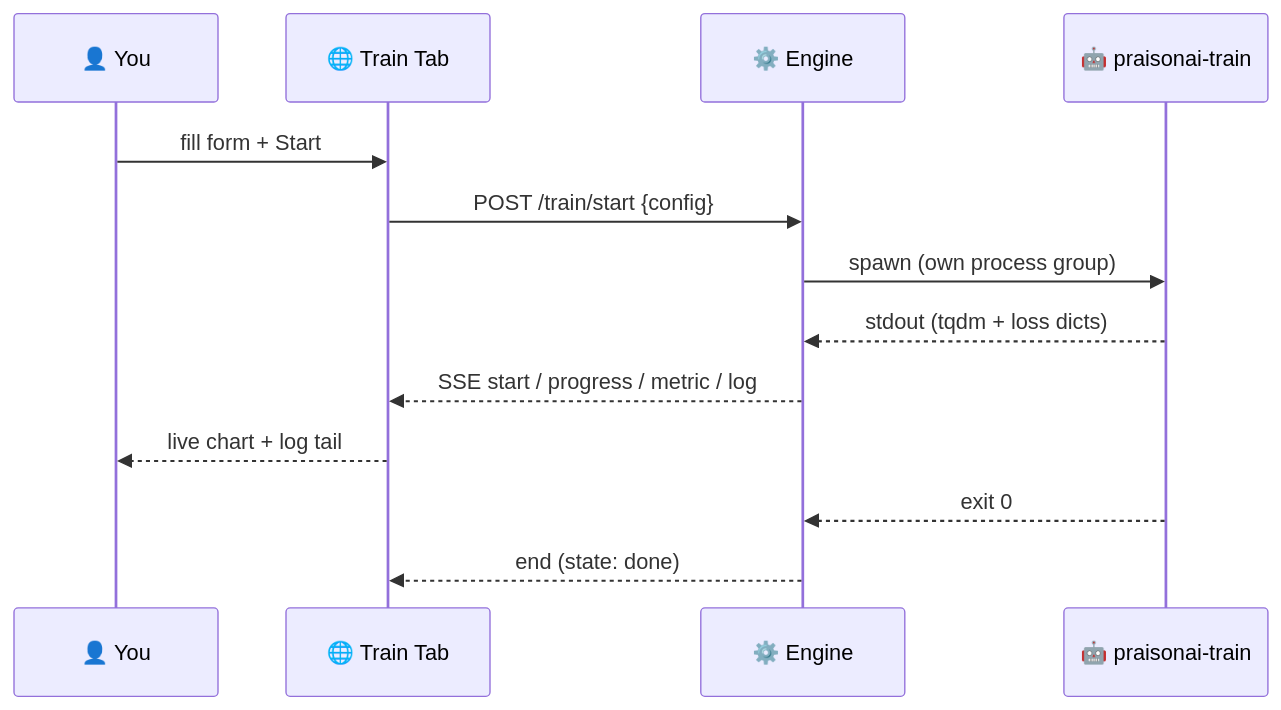
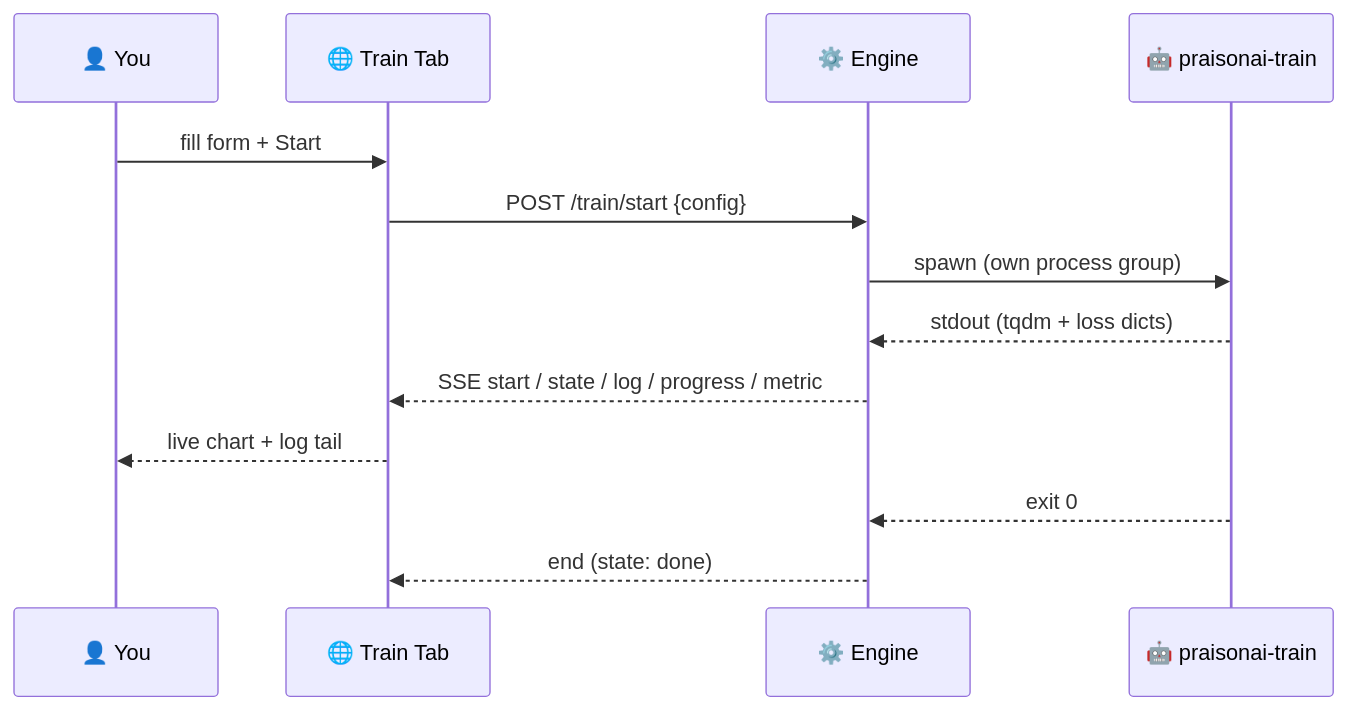
The second of 4 diagrams in docs/features/desktop/training.mdx (MervinPraison/PraisonAIDocs), drawn with Mermaid before and after one commit. The commit also changed other lines of this file and 2 other files, not shown here.

````diff
--- a/docs/features/desktop/training.mdx
+++ b/docs/features/desktop/training.mdx
@@ -68,16 +68,16 @@
 ```mermaid
 sequenceDiagram
     participant You as 👤 You
     participant App as 🌐 Train Tab
     participant Engine as ⚙️ Engine
     participant Trainer as 🤖 praisonai-train
 
     You->>App: fill form + Start
     App->>Engine: POST /train/start {config}
     Engine->>Trainer: spawn (own process group)
     Trainer-->>Engine: stdout (tqdm + loss dicts)
-    Engine-->>App: SSE start / progress / metric / log
+    Engine-->>App: SSE start / state / log / progress / metric
     App-->>You: live chart + log tail
     Trainer-->>Engine: exit 0
     Engine-->>App: end (state: done)
 ```
````
